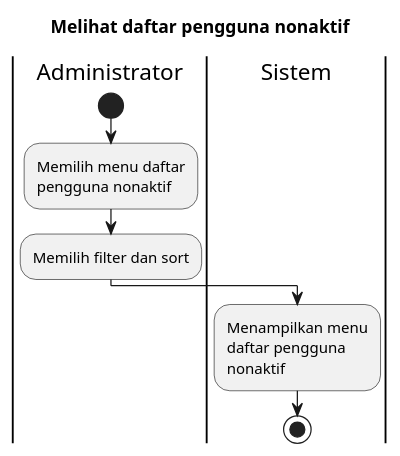
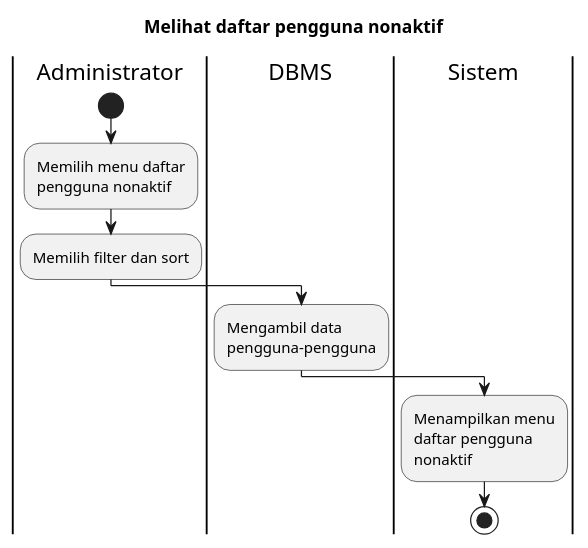
The diagram in Activity Diagrams/UC-MGUSER - Manajemen Pengguna/UC-MGUSER-003 - Melihat daftar pengguna nonaktif.puml (bagusNA/appl-diagrams), drawn with PlantUML before and after one commit. The commit also changed 112 other files, not shown here.

Commit message:
feat: overhaul activity diagrams

```diff
--- a/Activity Diagrams/UC-MGUSER - Manajemen Pengguna/UC-MGUSER-003 - Melihat daftar pengguna nonaktif.puml
+++ b/Activity Diagrams/UC-MGUSER - Manajemen Pengguna/UC-MGUSER-003 - Melihat daftar pengguna nonaktif.puml
@@ -1,16 +1,19 @@
 @startuml UC-MGUSER-003 - Melihat daftar pengguna nonaktif
 skinparam wrapWidth 140
 
 title Melihat daftar pengguna nonaktif
 
 |Administrator|
 start
 :Memilih menu daftar pengguna nonaktif;
 :Memilih filter dan sort;
 
+|DBMS|
+:Mengambil data pengguna-pengguna;
+
 |Sistem|
 :Menampilkan menu daftar pengguna nonaktif;
 
 stop
 
 @enduml
```
